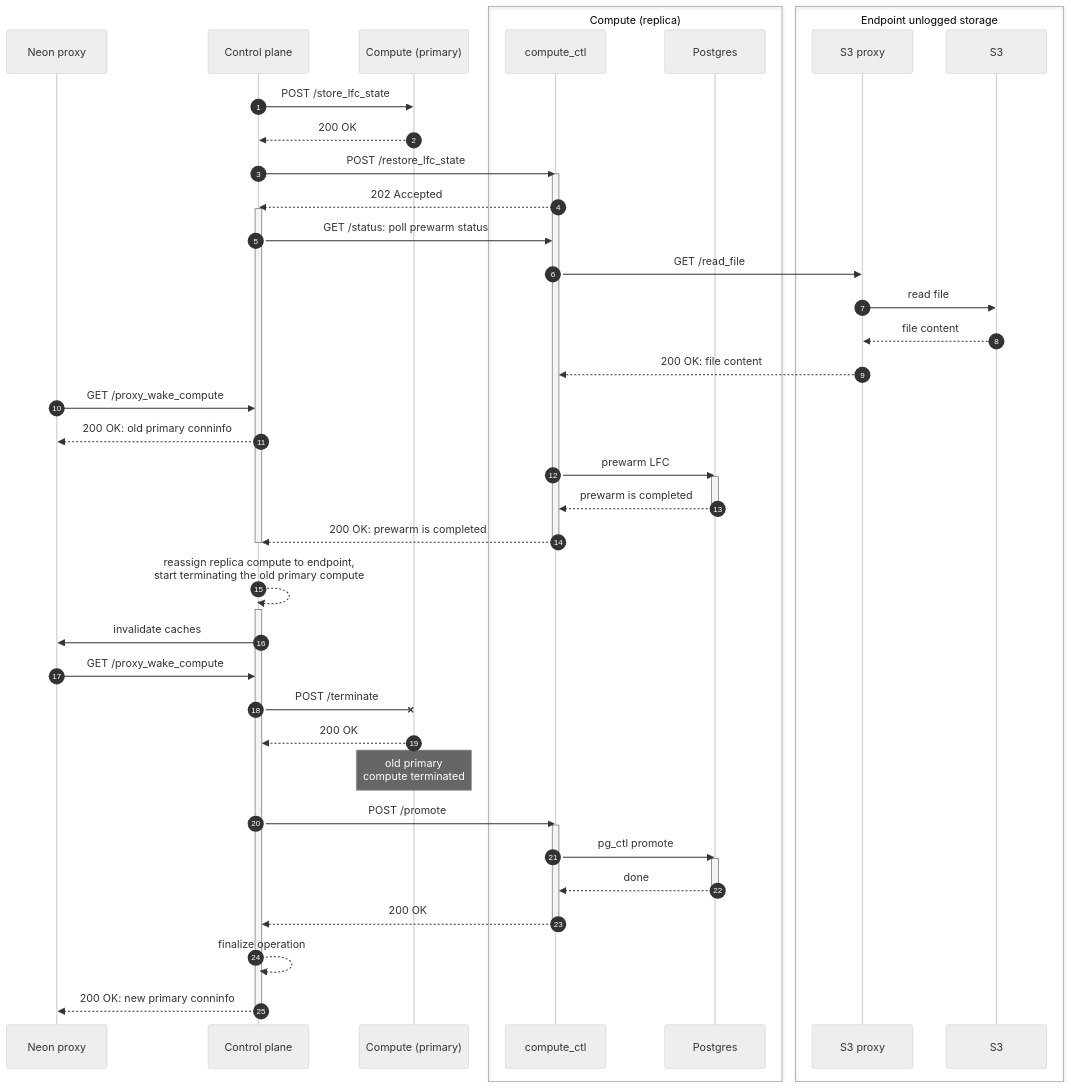
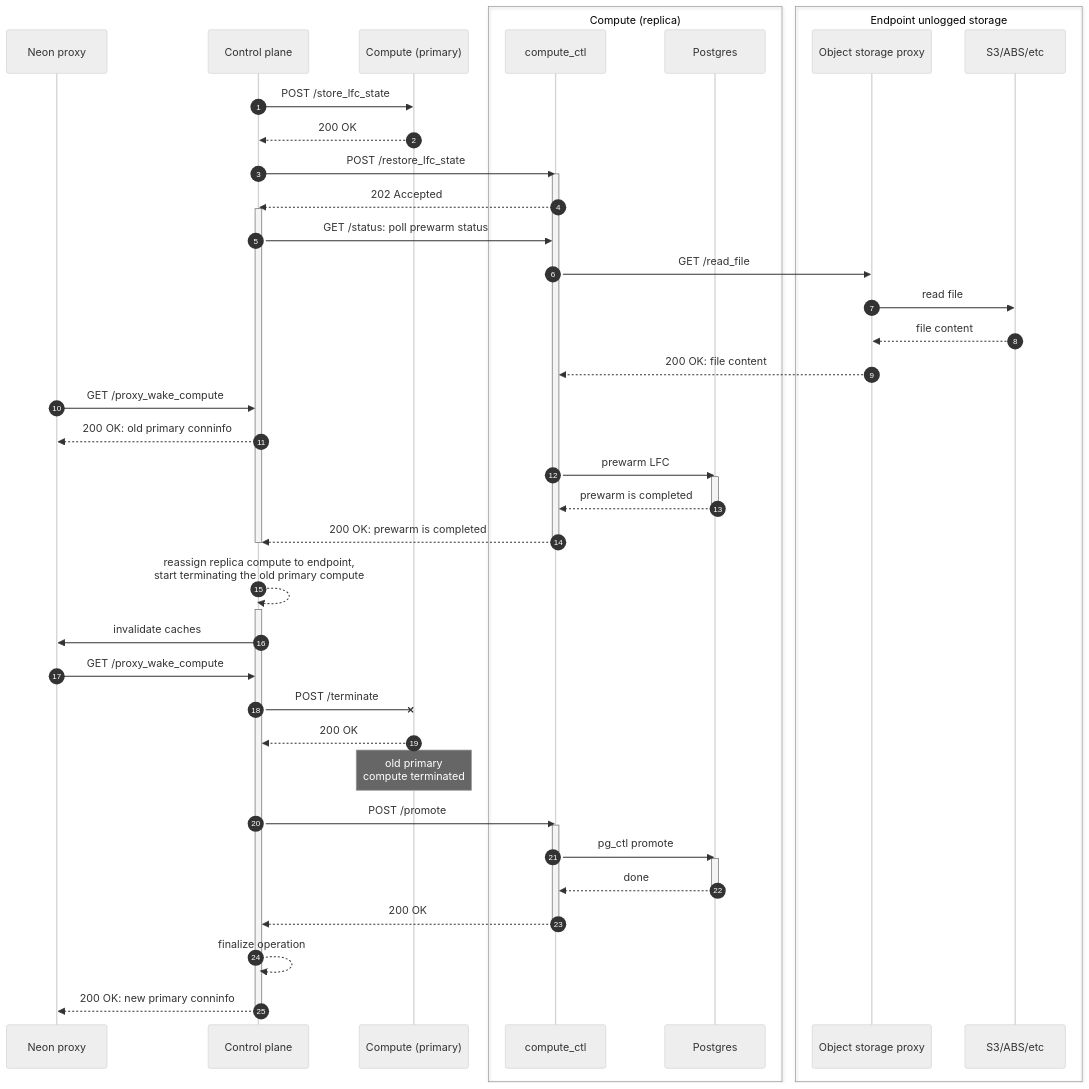
Before and after one commit to neondatabase/neon: the diagram in docs/rfcs/2025-03-17-compute-prewarm.md, drawn with Mermaid (neutral theme). The commit also changed other lines of this file, not shown here.

````diff
--- a/docs/rfcs/2025-03-17-compute-prewarm.md
+++ b/docs/rfcs/2025-03-17-compute-prewarm.md
@@ -189,70 +199,70 @@
 ```mermaid
   sequenceDiagram
 
   autonumber
 
   participant proxy as Neon proxy
 
   participant cplane as Control plane
 
   participant primary as Compute (primary)
   box Compute (replica)
     participant ctl as compute_ctl
     participant pg as Postgres
   end
 
   box Endpoint unlogged storage
-    participant s3proxy as S3 proxy
-    participant s3 as S3
+    participant s3proxy as Object storage proxy
+    participant s3 as S3/ABS/etc
   end
 
 
   cplane ->> primary: POST /store_lfc_state
   primary -->> cplane: 200 OK
 
   cplane ->> ctl: POST /restore_lfc_state
   activate ctl
   ctl -->> cplane: 202 Accepted
 
   activate cplane
   cplane ->> ctl: GET /status: poll prewarm status
   ctl ->> s3proxy: GET /read_file
   s3proxy ->> s3: read file
   s3 -->> s3proxy: file content
   s3proxy -->> ctl: 200 OK: file content
 
   proxy ->> cplane: GET /proxy_wake_compute
   cplane -->> proxy: 200 OK: old primary conninfo
 
   ctl ->> pg: prewarm LFC
   activate pg
   pg -->> ctl: prewarm is completed
   deactivate pg
 
   ctl -->> cplane: 200 OK: prewarm is completed
   deactivate ctl
   deactivate cplane
 
   cplane -->> cplane: reassign replica compute to endpoint,<br>start terminating the old primary compute
   activate cplane
   cplane ->> proxy: invalidate caches
 
   proxy ->> cplane: GET /proxy_wake_compute
 
   cplane -x primary: POST /terminate
   primary -->> cplane: 200 OK
   note over primary: old primary<br>compute terminated
 
   cplane ->> ctl: POST /promote
   activate ctl
   ctl ->> pg: pg_ctl promote
   activate pg
   pg -->> ctl: done
   deactivate pg
   ctl -->> cplane: 200 OK
   deactivate ctl
 
   cplane -->> cplane: finalize operation
   cplane -->> proxy: 200 OK: new primary conninfo
   deactivate cplane
 ```
````
